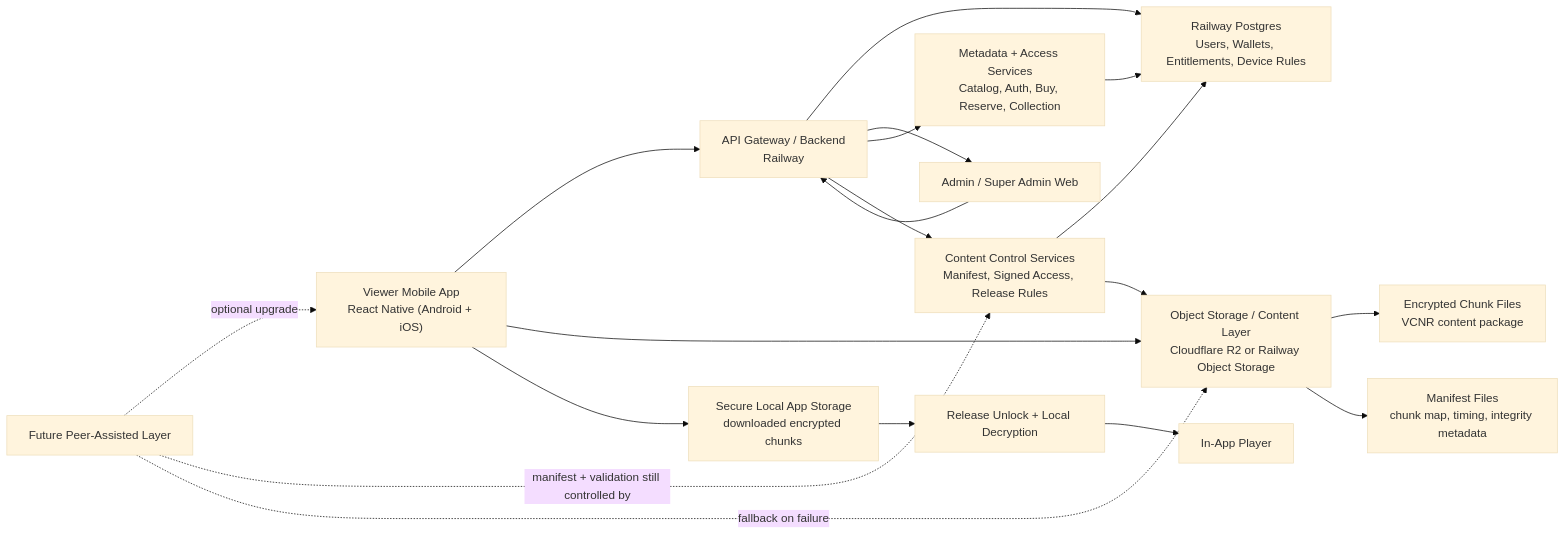
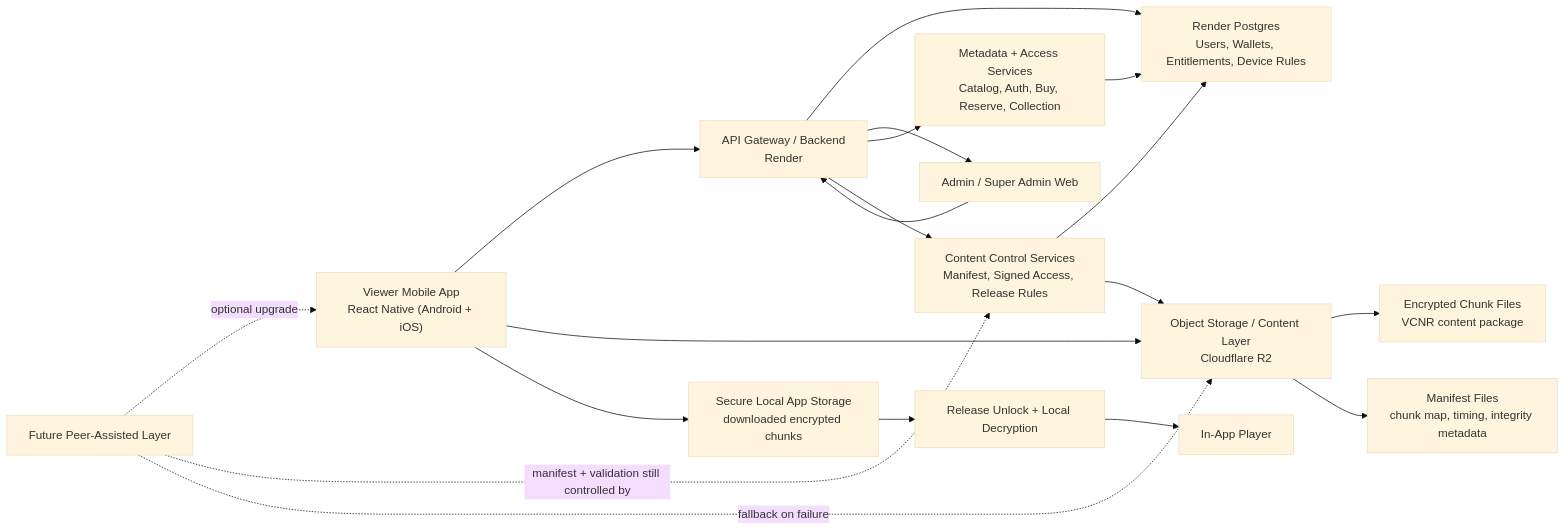
One commit to kakgit/VCNR_Web changed the diagram in PRODUCTION_MOBILE_ARCHITECTURE.md. Above: the diagram before and after it, drawn with Mermaid (base theme). The commit also changed other lines of this file and 12 other files, not shown here.

````diff
--- a/PRODUCTION_MOBILE_ARCHITECTURE.md
+++ b/PRODUCTION_MOBILE_ARCHITECTURE.md
@@ -41,27 +41,27 @@
 ```mermaid
 flowchart LR
-    A["Viewer Mobile App<br/>React Native (Android + iOS)"] --> B["API Gateway / Backend<br/>Railway"]
-    A --> C["Object Storage / Content Layer<br/>Cloudflare R2 or Railway Object Storage"]
+    A["Viewer Mobile App<br/>React Native (Android + iOS)"] --> B["API Gateway / Backend<br/>Render"]
+    A --> C["Object Storage / Content Layer<br/>Cloudflare R2"]
 
-    B --> D["Railway Postgres<br/>Users, Wallets, Entitlements, Device Rules"]
+    B --> D["Render Postgres<br/>Users, Wallets, Entitlements, Device Rules"]
     B --> E["Admin / Super Admin Web"]
     E --> B
 
     B --> F["Metadata + Access Services<br/>Catalog, Auth, Buy, Reserve, Collection"]
     F --> D
 
     B --> G["Content Control Services<br/>Manifest, Signed Access, Release Rules"]
     G --> D
     G --> C
 
     C --> H["Encrypted Chunk Files<br/>VCNR content package"]
     C --> I["Manifest Files<br/>chunk map, timing, integrity metadata"]
 
     A --> J["Secure Local App Storage<br/>downloaded encrypted chunks"]
     J --> K["Release Unlock + Local Decryption"]
     K --> L["In-App Player"]
 
     M["Future Peer-Assisted Layer"] -. optional upgrade .-> A
     M -. manifest + validation still controlled by .-> G
     M -. fallback on failure .-> C
 ```
````
